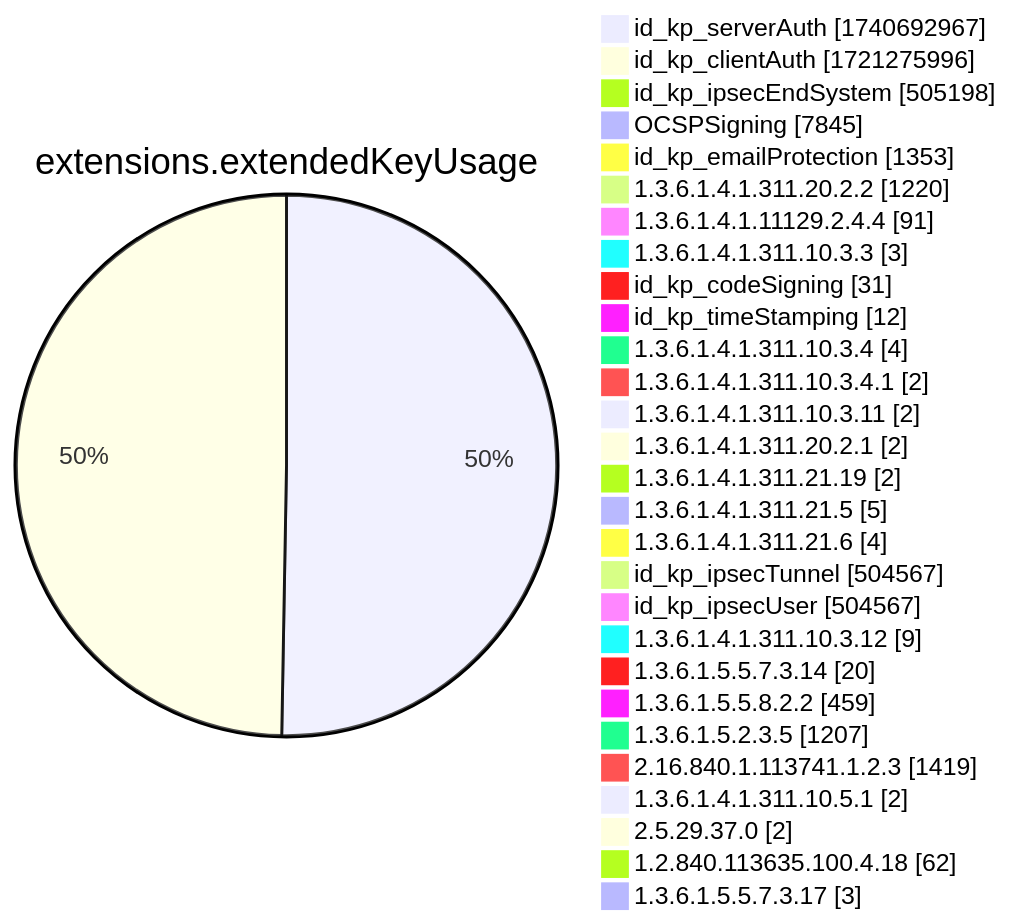
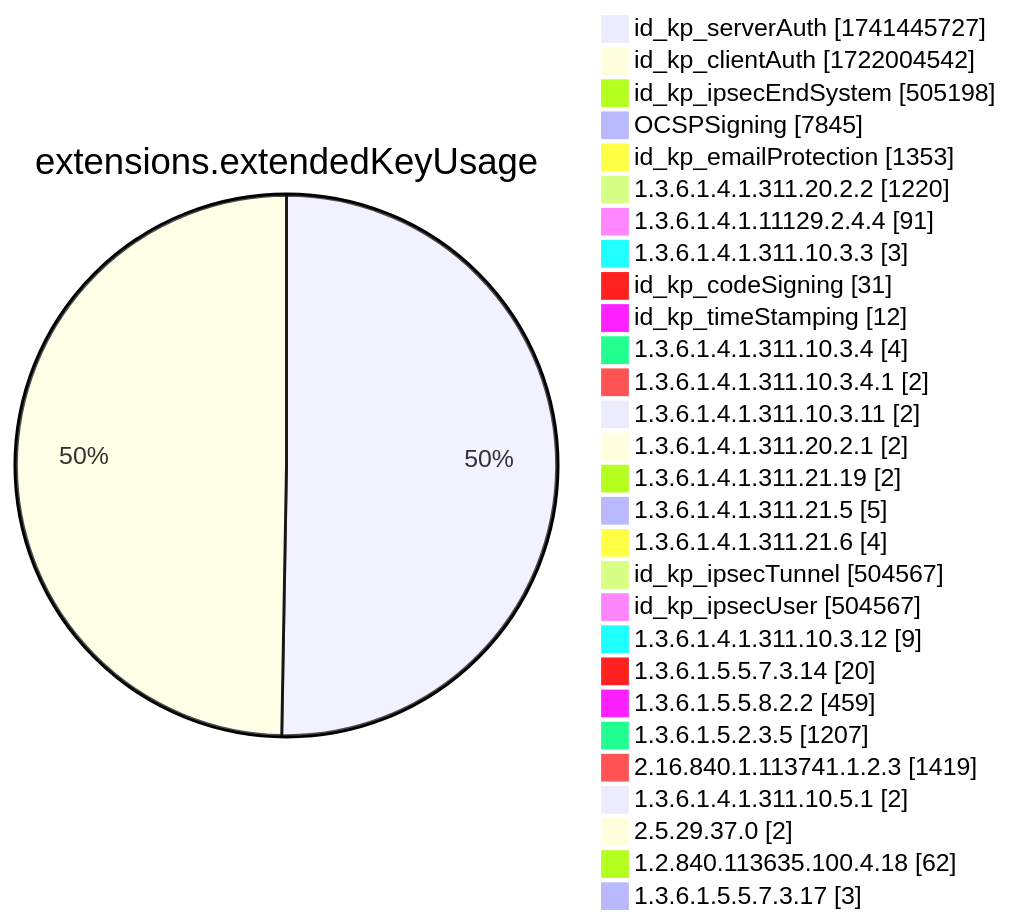
Diagram 12 of 15 in xenon2022/README.md (christiankrug/ctmonitor_visualization), drawn with Mermaid before and after one commit. The commit also changed other lines of this file, not shown here.

````diff
--- a/xenon2022/README.md
+++ b/xenon2022/README.md
@@ -3892,32 +3892,32 @@
 ```mermaid
 pie showData
 title extensions.extendedKeyUsage
-"id_kp_serverAuth" :1740692967
-"id_kp_clientAuth" :1721275996
+"id_kp_serverAuth" :1741445727
+"id_kp_clientAuth" :1722004542
 "id_kp_ipsecEndSystem" :505198
 "OCSPSigning" :7845
 "id_kp_emailProtection" :1353
 "1.3.6.1.4.1.311.20.2.2" :1220
 "1.3.6.1.4.1.11129.2.4.4" :91
 "1.3.6.1.4.1.311.10.3.3" :3
 "id_kp_codeSigning" :31
 "id_kp_timeStamping" :12
 "1.3.6.1.4.1.311.10.3.4" :4
 "1.3.6.1.4.1.311.10.3.4.1" :2
 "1.3.6.1.4.1.311.10.3.11" :2
 "1.3.6.1.4.1.311.20.2.1" :2
 "1.3.6.1.4.1.311.21.19" :2
 "1.3.6.1.4.1.311.21.5" :5
 "1.3.6.1.4.1.311.21.6" :4
 "id_kp_ipsecTunnel" :504567
 "id_kp_ipsecUser" :504567
 "1.3.6.1.4.1.311.10.3.12" :9
 "1.3.6.1.5.5.7.3.14" :20
 "1.3.6.1.5.5.8.2.2" :459
 "1.3.6.1.5.2.3.5" :1207
 "2.16.840.1.113741.1.2.3" :1419
 "1.3.6.1.4.1.311.10.5.1" :2
 "2.5.29.37.0" :2
 "1.2.840.113635.100.4.18" :62
 "1.3.6.1.5.5.7.3.17" :3
 ```
````
